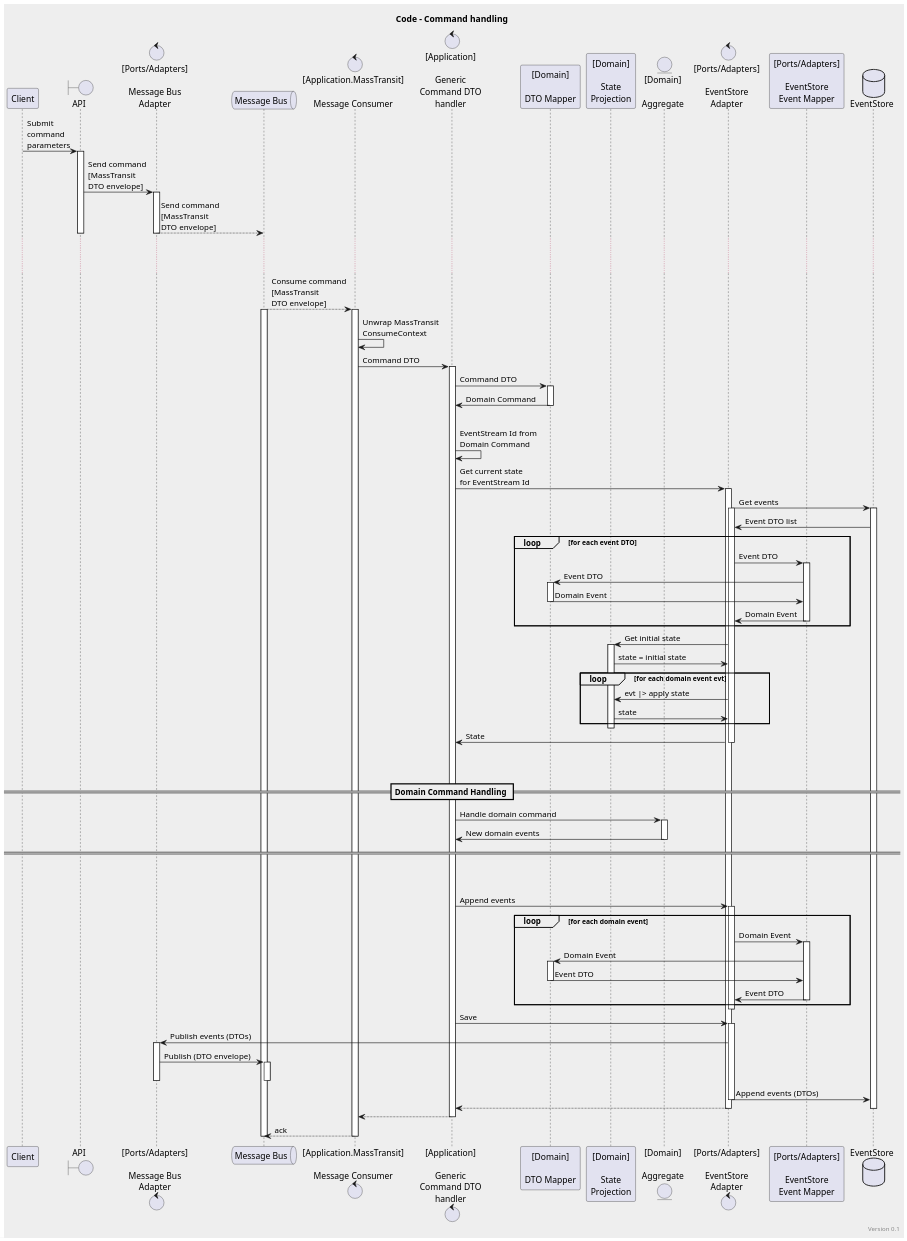
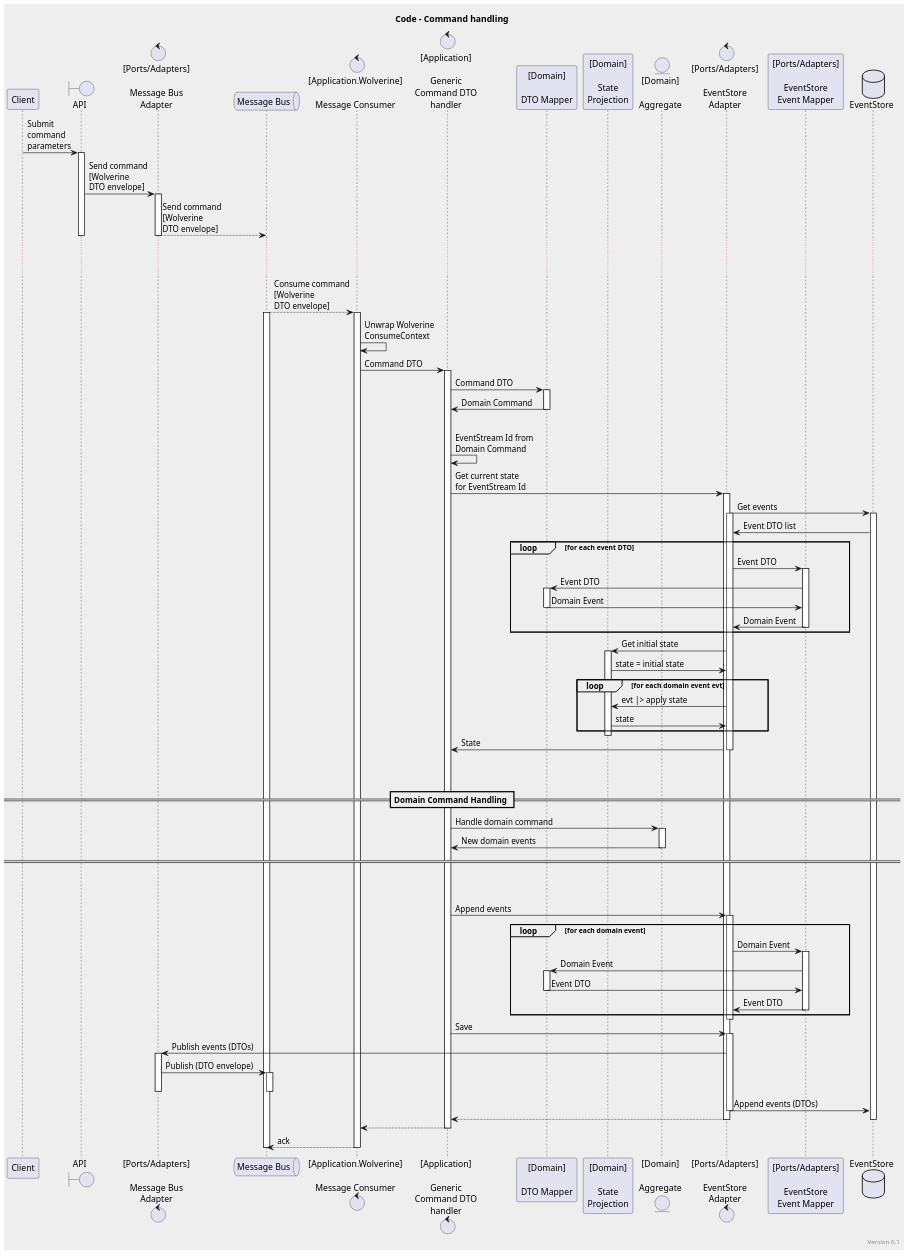
Before and after one commit to iblazhko/cqrs-fsharp: the diagram in doc/C4/code-cmd-handler.puml, drawn with PlantUML. The commit also changed 46 other files, not shown here.

Commit message:
feat: Replace MassTransit with Wolverine

```diff
--- a/doc/C4/code-cmd-handler.puml
+++ b/doc/C4/code-cmd-handler.puml
@@ -1,127 +1,127 @@
 @startuml Inventory System - Componets - Command Handling
 
 skinparam defaultFontName "D-DIN"
 skinparam backgroundColor #EEEEEE
 scale 2500 width
 
 title Code - Command handling
 right footer Version 0.1
 
 participant "Client" as client
 boundary "API" as api
 control "[Ports/Adapters]\n\nMessage Bus\nAdapter" as messagebus_adapter
 queue "Message Bus" as messagebus
-control "[Application.MassTransit]\n\nMessage Consumer" as mt_consumer
+control "[Application.Wolverine]\n\nMessage Consumer" as wv_consumer
 control "[Application]\n\nGeneric\nCommand DTO\nhandler" as dto_handler
 participant "[Domain]\n\nDTO Mapper" as dto_mapper
 participant "[Domain]\n\nState\nProjection" as state_projection
 entity "[Domain]\n\nAggregate" as aggregate
 control "[Ports/Adapters]\n\nEventStore\nAdapter" as eventstore_adapter
 participant "[Ports/Adapters]\n\nEventStore\nEvent Mapper" as eventstore_eventmapper
 database "EventStore" as eventstore
 
 client -> api: Submit\ncommand\nparameters
 activate api
-api -> messagebus_adapter: Send command\n[MassTransit\nDTO envelope]
+api -> messagebus_adapter: Send command\n[Wolverine\nDTO envelope]
 activate messagebus_adapter
-messagebus_adapter --> messagebus: Send command\n[MassTransit\nDTO envelope]
+messagebus_adapter --> messagebus: Send command\n[Wolverine\nDTO envelope]
 deactivate messagebus_adapter
 deactivate api
 
 ... \n ...
 
-mt_consumer <-- messagebus: Consume command\n[MassTransit\nDTO envelope]
+wv_consumer <-- messagebus: Consume command\n[Wolverine\nDTO envelope]
 activate messagebus
-activate mt_consumer
-mt_consumer -> mt_consumer: Unwrap MassTransit\nConsumeContext
-mt_consumer -> dto_handler: Command DTO
+activate wv_consumer
+wv_consumer -> wv_consumer: Unwrap Wolverine\nConsumeContext
+wv_consumer -> dto_handler: Command DTO
 
 activate dto_handler
 dto_handler -> dto_mapper: Command DTO
 activate dto_mapper
 dto_handler <- dto_mapper: Domain Command
 deactivate dto_mapper
 |||
 
 dto_handler -> dto_handler: EventStream Id from\nDomain Command
 dto_handler -> eventstore_adapter: Get current state\nfor EventStream Id
 activate eventstore_adapter
 eventstore_adapter -> eventstore: Get events
 activate eventstore_adapter
 activate eventstore
 eventstore -> eventstore_adapter: Event DTO list
 loop for each event DTO
     eventstore_adapter -> eventstore_eventmapper: Event DTO
     activate eventstore_eventmapper
     eventstore_eventmapper -> dto_mapper: Event DTO
     activate dto_mapper
     eventstore_eventmapper <- dto_mapper: Domain Event
     deactivate dto_mapper
     eventstore_adapter <- eventstore_eventmapper: Domain Event
     deactivate eventstore_eventmapper
 end
 
 eventstore_adapter -> state_projection: Get initial state
 activate state_projection
 eventstore_adapter <- state_projection: state = initial state
 loop for each domain event evt
     eventstore_adapter -> state_projection: evt |> apply state
     eventstore_adapter <- state_projection: state
 end
 deactivate state_projection
 
 dto_handler <- eventstore_adapter: State
 deactivate eventstore_adapter
 
 |||
 |||
 == Domain Command Handling ==
     dto_handler -> aggregate: Handle domain command
     activate aggregate
     dto_handler <- aggregate: New domain events
     deactivate aggregate
 == ==
 |||
 |||
 
 dto_handler -> eventstore_adapter: Append events
 activate eventstore_adapter
 loop for each domain event
     eventstore_adapter -> eventstore_eventmapper: Domain Event
     activate eventstore_eventmapper
     eventstore_eventmapper -> dto_mapper: Domain Event
     activate dto_mapper
     eventstore_eventmapper <- dto_mapper: Event DTO
     deactivate dto_mapper
     eventstore_adapter <- eventstore_eventmapper: Event DTO
     deactivate eventstore_eventmapper
 end
 deactivate eventstore_adapter
 
 dto_handler -> eventstore_adapter: Save
 activate eventstore_adapter
 eventstore_adapter -> messagebus_adapter: Publish events (DTOs)
 activate messagebus_adapter
 messagebus_adapter -> messagebus: Publish (DTO envelope)
 activate messagebus
 deactivate messagebus_adapter
 deactivate messagebus
 
 eventstore_adapter -> eventstore: Append events (DTOs)
 
 deactivate eventstore_adapter
 
 eventstore_adapter --> dto_handler
 
 deactivate eventstore_adapter
 deactivate eventstore
 
-dto_handler --> mt_consumer
+dto_handler --> wv_consumer
 deactivate dto_handler
 
-mt_consumer --> messagebus: ack
-deactivate mt_consumer
+wv_consumer --> messagebus: ack
+deactivate wv_consumer
 
 deactivate messagebus
 
 @enduml
```
